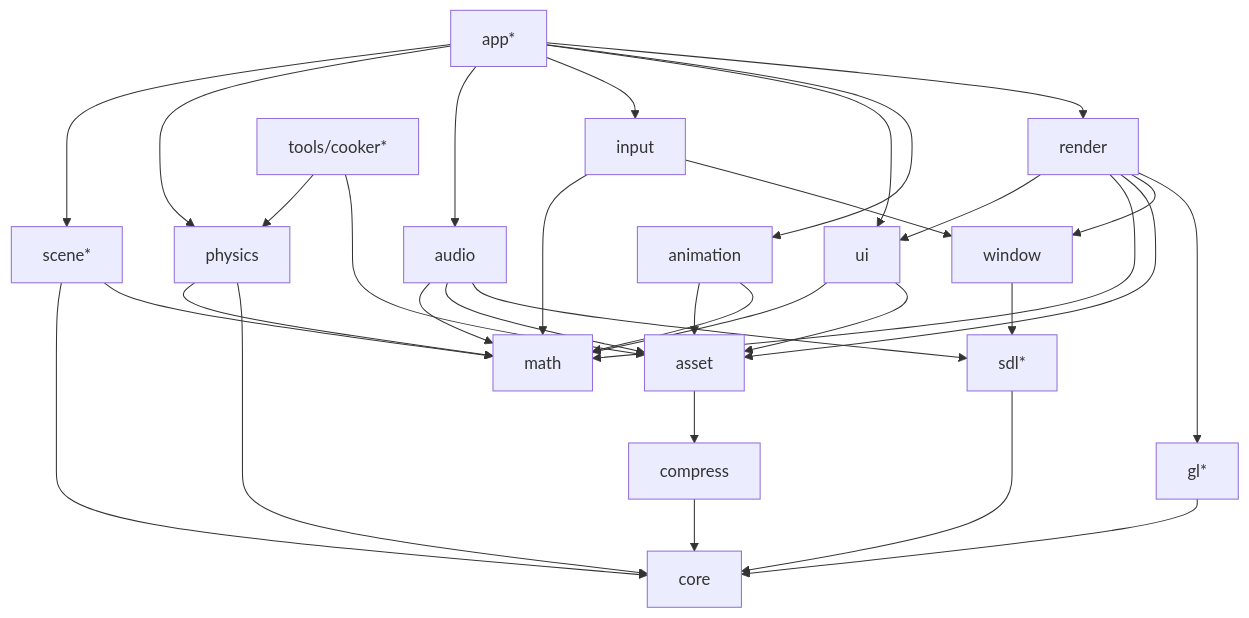
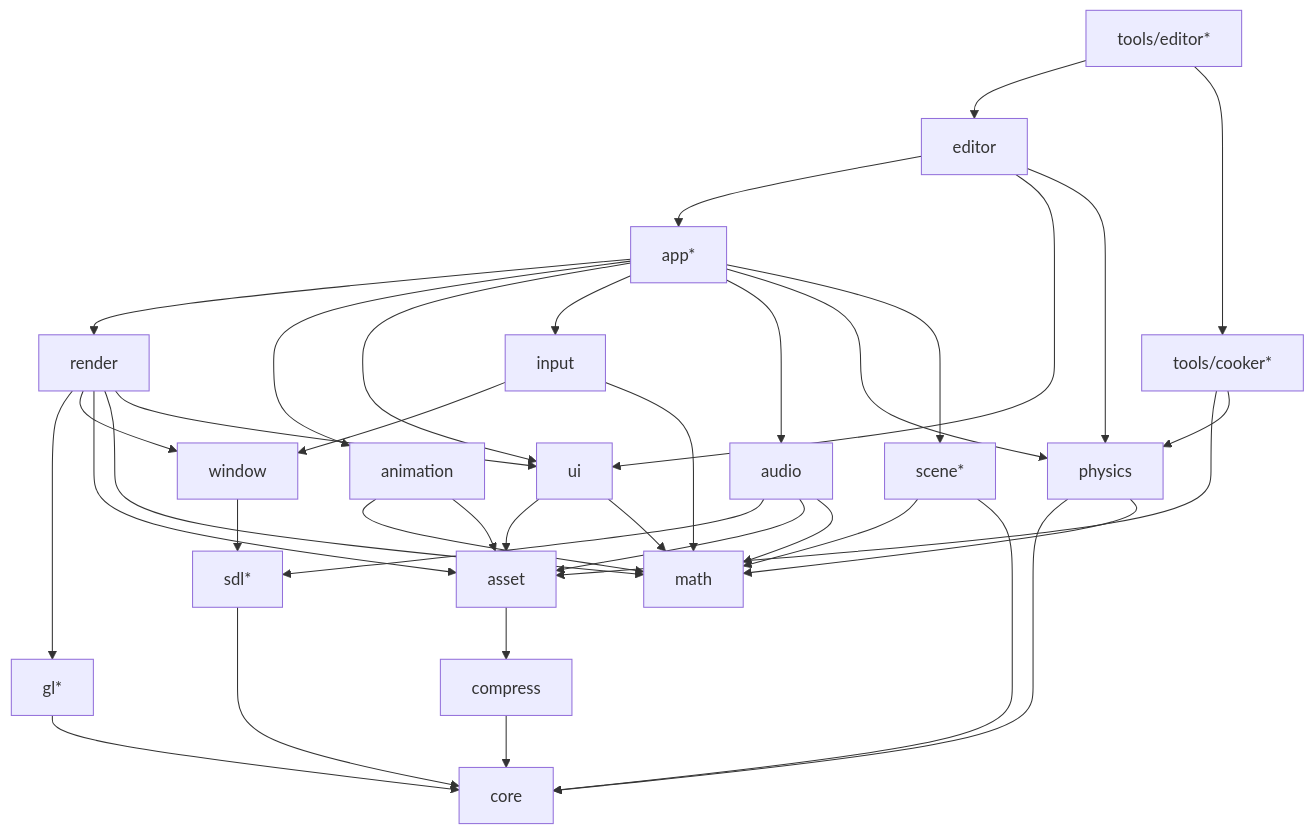
One commit to ilumar589/JEddyFramework changed the diagram in docs/DESIGN.md. Above: the diagram before and after it, drawn with Mermaid. The commit also changed other lines of this file and 100 other files, not shown here.

````diff
--- a/docs/DESIGN.md
+++ b/docs/DESIGN.md
@@ -87,37 +89,42 @@
 ```mermaid
 graph TD
   core[core]
   math[math]
   compress[compress] --> core
   sdl[sdl*] --> core
   gl[gl*] --> core
   window[window] --> sdl
   input[input] --> window
   input --> math
   asset[asset] --> compress
   render[render] --> gl
   render --> window
   render --> asset
   render --> math
   render --> ui
   ui[ui] --> asset
   ui --> math
   audio[audio] --> sdl
   audio --> asset
   audio --> math
   physics[physics] --> core
   physics --> math
   scene[scene*] --> math
   scene --> core
   animation[animation] --> math
   animation --> asset
+  editor[editor] --> app
+  editor --> ui
+  editor --> physics
+  editortool[tools/editor*] --> editor
+  editortool --> cooker
   app[app*] --> render
   app --> animation
   app --> ui
   app --> input
   app --> audio
   app --> physics
   app --> scene
   cooker[tools/cooker*] --> asset
   cooker --> physics
 ```
````
